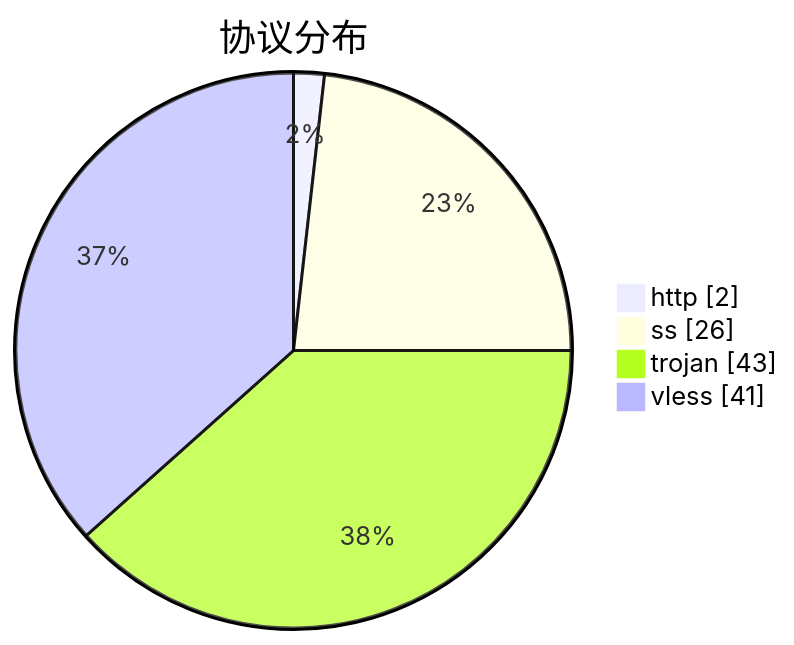
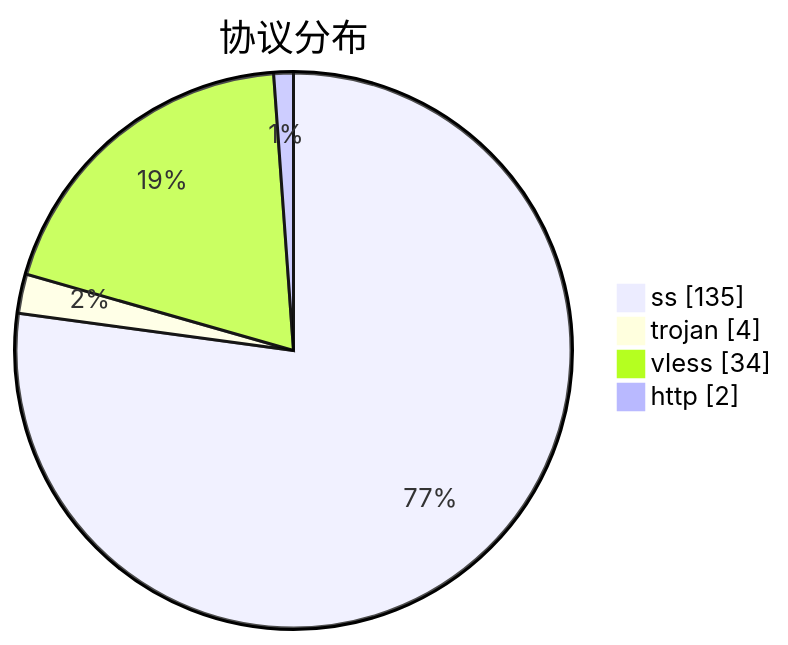
The third of 3 diagrams in subs/statistics/tested_within.md (qjlxg/airport), drawn with Mermaid before and after one commit. The commit also changed other lines of this file and 2 other files, not shown here.

````diff
--- a/subs/statistics/tested_within.md
+++ b/subs/statistics/tested_within.md
@@ -16,8 +16,8 @@
 ```mermaid
 pie showData
 title 协议分布
+"ss" : 135
+"trojan" : 4
+"vless" : 34
 "http" : 2
-"ss" : 26
-"trojan" : 43
-"vless" : 41
 ```
````
